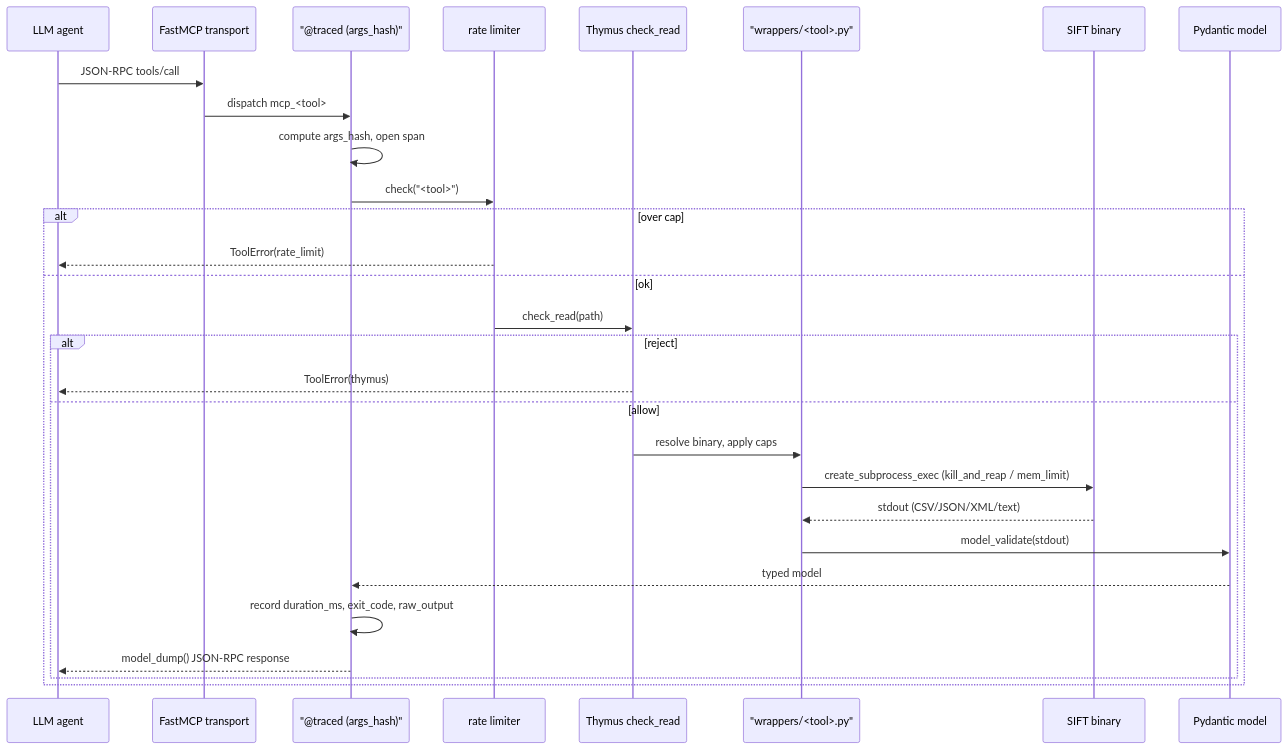
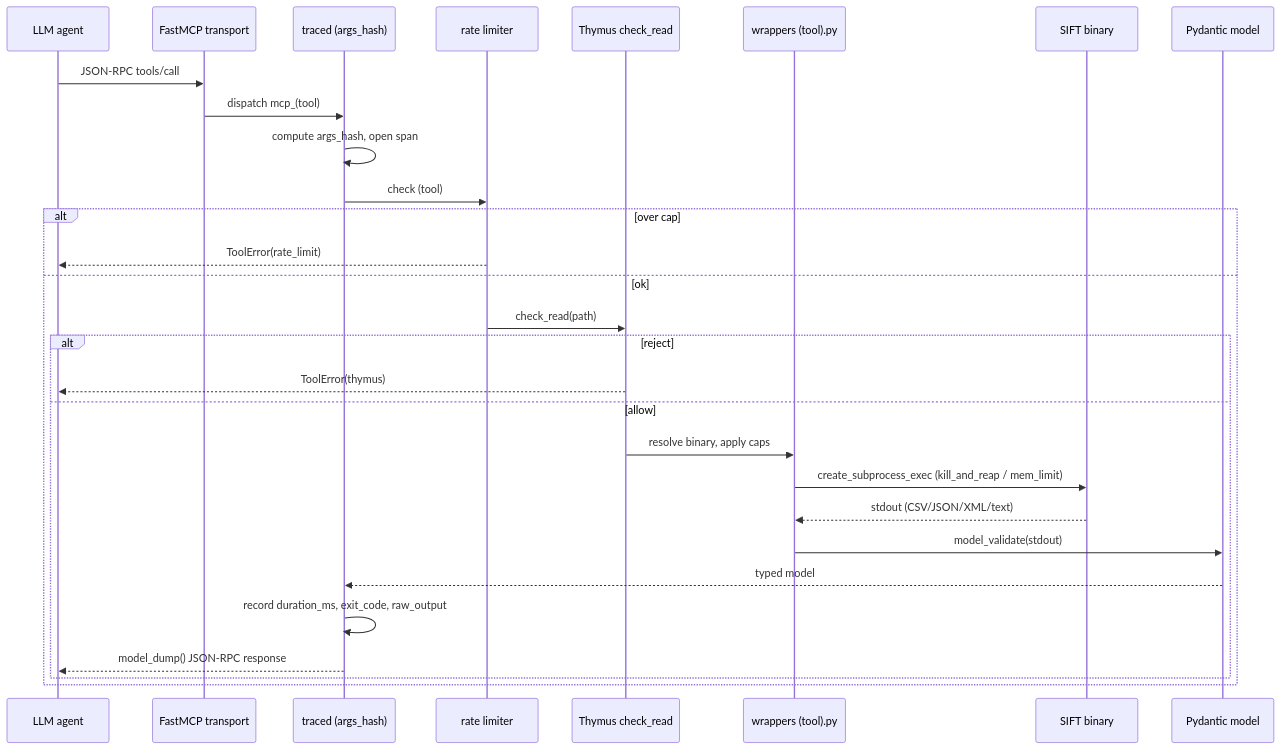
One commit to galvangabriel-web/agentropix-mcp changed the diagram in docs/10-agents/fastmcp-execution.md. Above: the diagram before and after it, drawn with Mermaid. The commit also changed other lines of this file and 103 other files, not shown here.

````diff
--- a/docs/10-agents/fastmcp-execution.md
+++ b/docs/10-agents/fastmcp-execution.md
@@ -49,32 +49,32 @@
 ```mermaid
 sequenceDiagram
     participant LLM as LLM agent
     participant TR as FastMCP transport
-    participant T as "@traced (args_hash)"
+    participant T as traced (args_hash)
     participant RL as rate limiter
     participant TH as Thymus check_read
-    participant W as "wrappers/<tool>.py"
+    participant W as wrappers (tool).py
     participant BIN as SIFT binary
     participant P as Pydantic model
 
     LLM->>TR: JSON-RPC tools/call
-    TR->>T: dispatch mcp_<tool>
+    TR->>T: dispatch mcp_(tool)
     T->>T: compute args_hash, open span
-    T->>RL: check("<tool>")
+    T->>RL: check (tool)
     alt over cap
         RL-->>LLM: ToolError(rate_limit)
     else ok
         RL->>TH: check_read(path)
         alt reject
             TH-->>LLM: ToolError(thymus)
         else allow
             TH->>W: resolve binary, apply caps
             W->>BIN: create_subprocess_exec (kill_and_reap / mem_limit)
             BIN-->>W: stdout (CSV/JSON/XML/text)
             W->>P: model_validate(stdout)
             P-->>T: typed model
             T->>T: record duration_ms, exit_code, raw_output
             T-->>LLM: model_dump() JSON-RPC response
         end
     end
 ```
````
